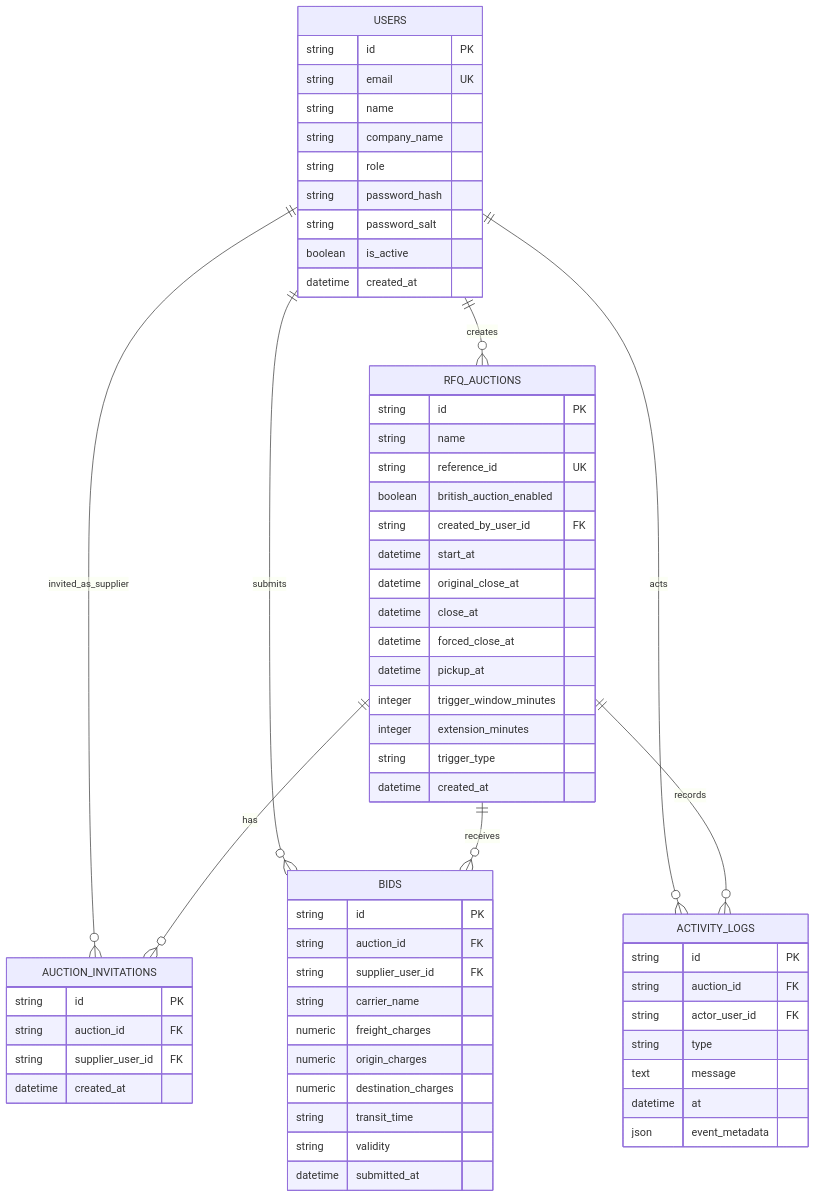
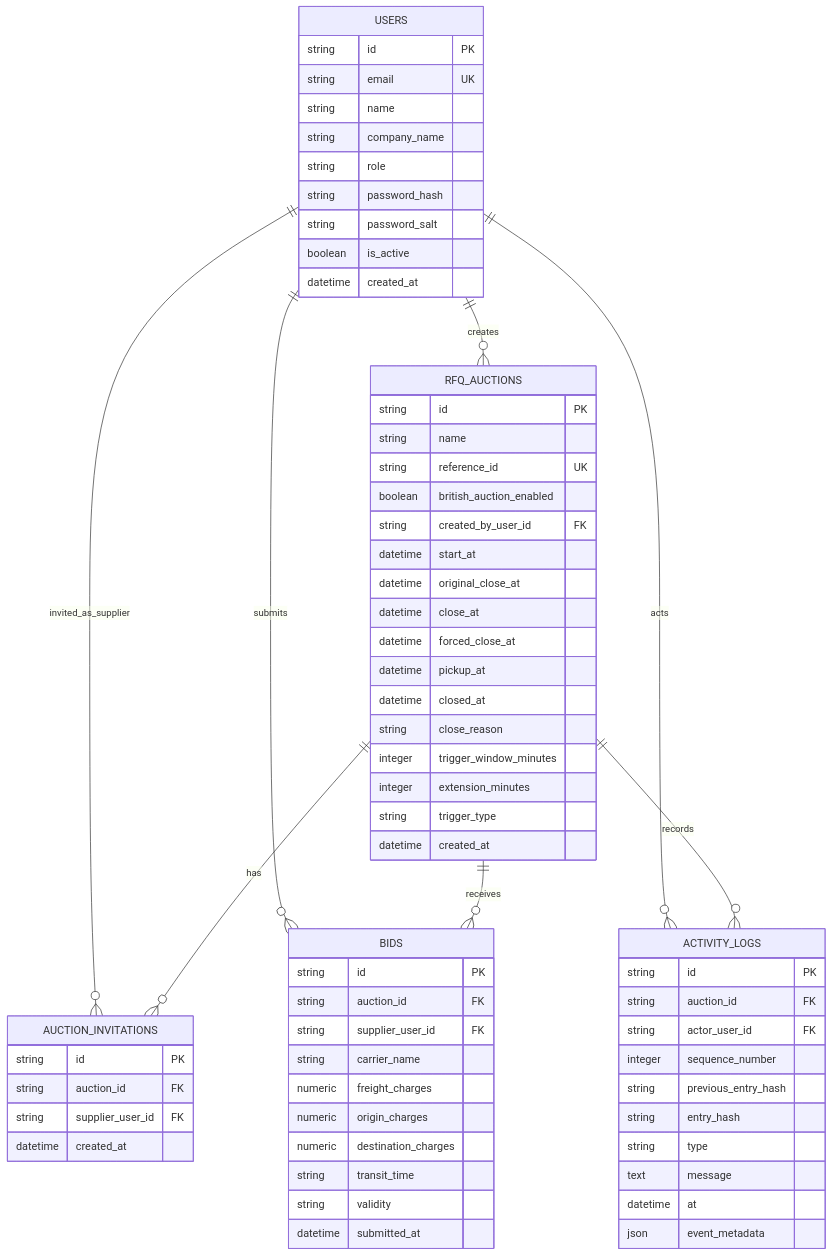
Before and after one commit to Rammanideep-ghantasala/British-Auction-in-RFQ-System: the diagram in docs/database-schema.md, drawn with Mermaid. The commit also changed other lines of this file and 20 other files, not shown here.

````diff
--- a/docs/database-schema.md
+++ b/docs/database-schema.md
@@ -5,69 +5,74 @@
 ```mermaid
 erDiagram
     USERS ||--o{ RFQ_AUCTIONS : creates
     USERS ||--o{ AUCTION_INVITATIONS : invited_as_supplier
     USERS ||--o{ BIDS : submits
     USERS ||--o{ ACTIVITY_LOGS : acts
     RFQ_AUCTIONS ||--o{ AUCTION_INVITATIONS : has
     RFQ_AUCTIONS ||--o{ BIDS : receives
     RFQ_AUCTIONS ||--o{ ACTIVITY_LOGS : records
 
     USERS {
         string id PK
         string email UK
         string name
         string company_name
         string role
         string password_hash
         string password_salt
         boolean is_active
         datetime created_at
     }
 
     RFQ_AUCTIONS {
         string id PK
         string name
         string reference_id UK
         boolean british_auction_enabled
         string created_by_user_id FK
         datetime start_at
         datetime original_close_at
         datetime close_at
         datetime forced_close_at
         datetime pickup_at
+        datetime closed_at
+        string close_reason
         integer trigger_window_minutes
         integer extension_minutes
         string trigger_type
         datetime created_at
     }
 
     AUCTION_INVITATIONS {
         string id PK
         string auction_id FK
         string supplier_user_id FK
         datetime created_at
     }
 
     BIDS {
         string id PK
         string auction_id FK
         string supplier_user_id FK
         string carrier_name
         numeric freight_charges
         numeric origin_charges
         numeric destination_charges
         string transit_time
         string validity
         datetime submitted_at
     }
 
     ACTIVITY_LOGS {
         string id PK
         string auction_id FK
         string actor_user_id FK
+        integer sequence_number
+        string previous_entry_hash
+        string entry_hash
         string type
         text message
         datetime at
         json event_metadata
     }
 ```
````
